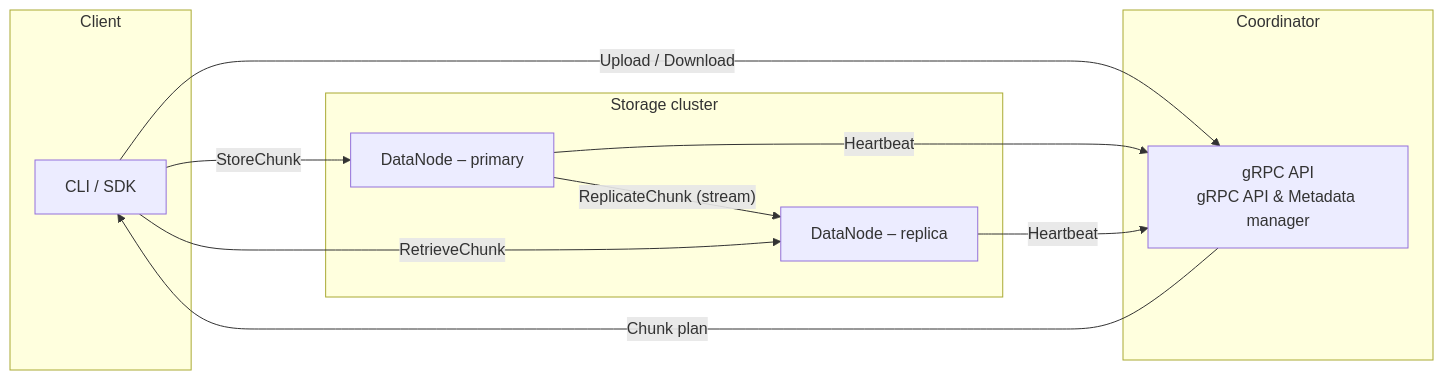
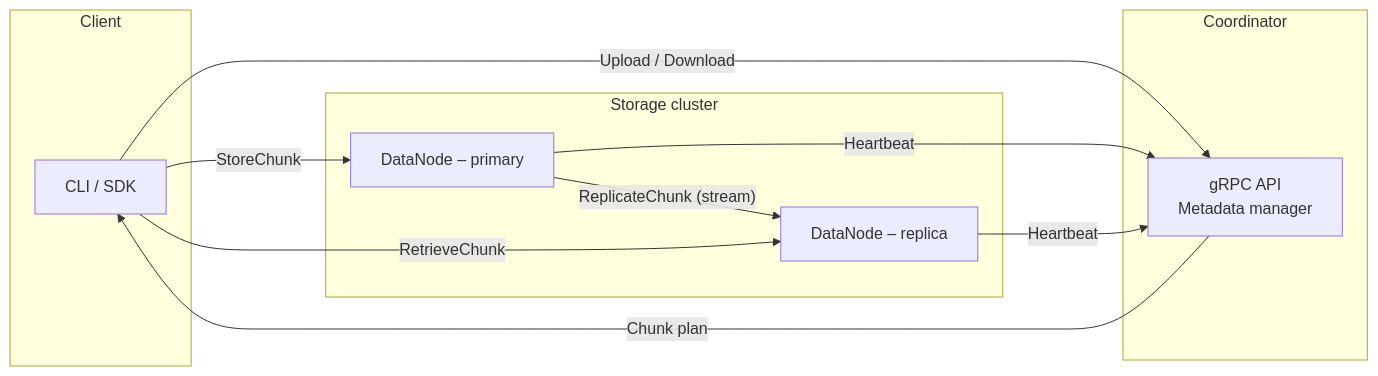
One commit to mochivi/distributed-file-system changed the diagram in README.md. Above: the diagram before and after it, drawn with Mermaid.

Commit message:
readme.md

````diff
--- a/README.md
+++ b/README.md
@@ -13,31 +13,31 @@
 ```mermaid
 flowchart LR
     subgraph "Client"
         A["CLI / SDK"]
     end
 
     subgraph "Coordinator"
-        C1["gRPC API<br/>gRPC API & Metadata manager"]
+        C1["gRPC API<br/>Metadata manager"]
     end
 
     subgraph "Storage cluster"
         DN1["DataNode – primary"]
         DN2["DataNode – replica"]
     end
 
     A -- "Upload / Download" --> C1
     C1 -- "Chunk plan" --> A
 
     %% Client writes chunk to primary
     A -- "StoreChunk" --> DN1
 
     %% Primary replicates chunk via streaming gRPC
     DN1 -- "ReplicateChunk (stream)" --> DN2
 
     %% Reads can hit any replica
     A -- "RetrieveChunk" --> DN2
 
     %% Health-checks
     DN1 -- "Heartbeat" --> C1
     DN2 -- "Heartbeat" --> C1
 ```
````
